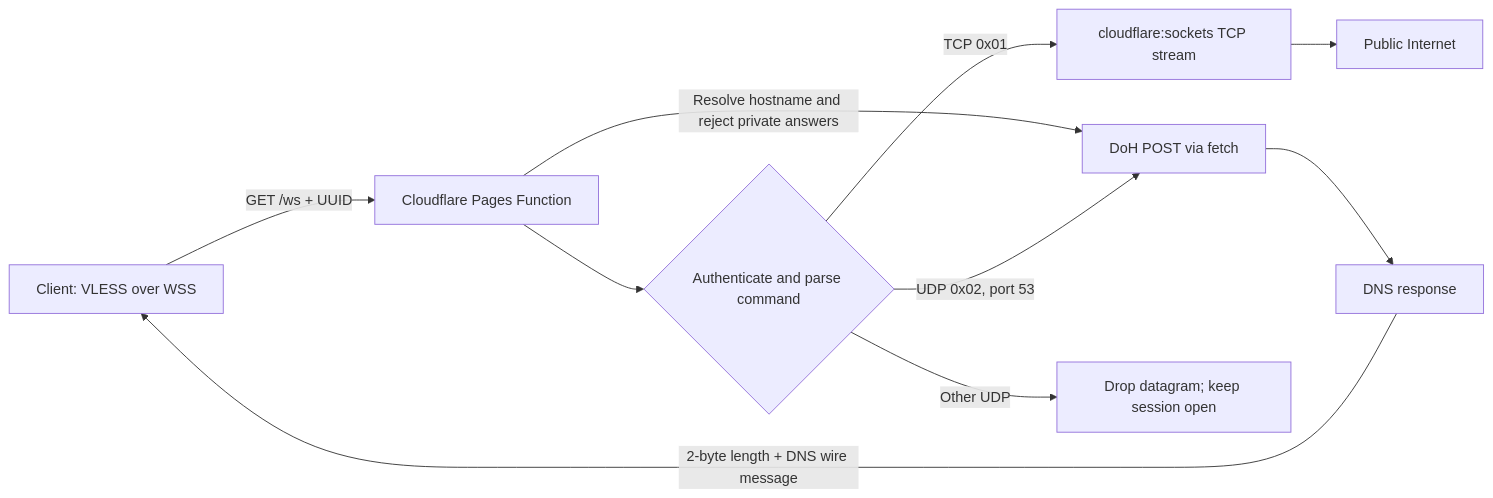
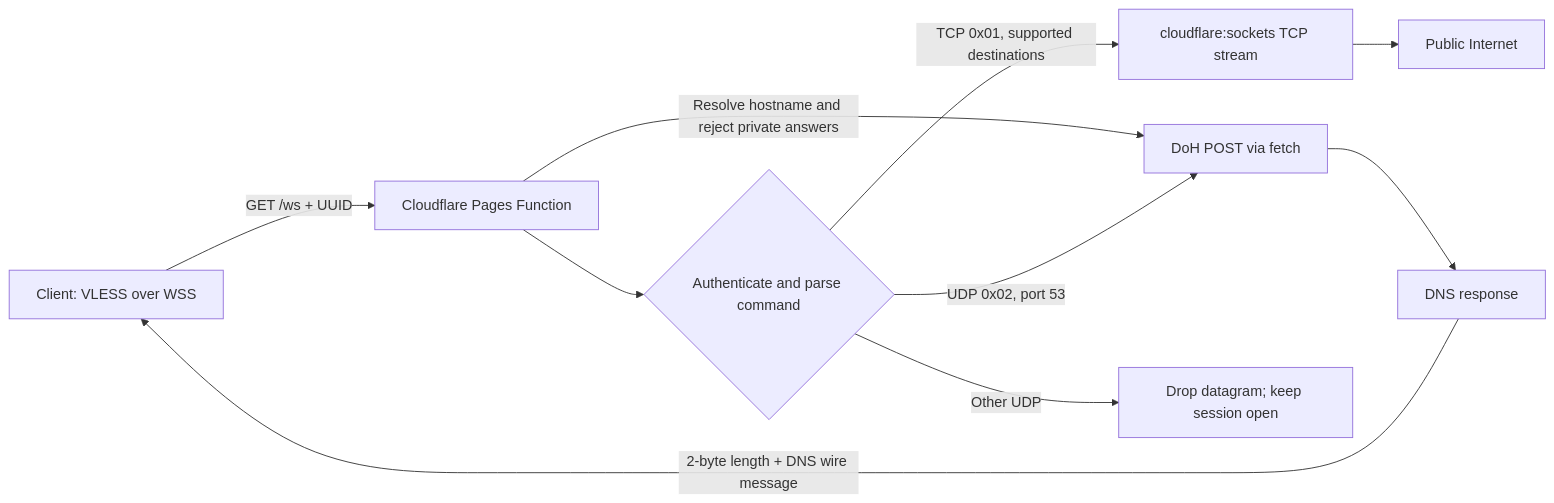
The diagram in ARCHITECTURE.md (Foort123/edge-gateway-v2), drawn with Mermaid before and after one commit. The commit also changed other lines of this file and 5 other files, not shown here.

````diff
--- a/ARCHITECTURE.md
+++ b/ARCHITECTURE.md
@@ -22,12 +25,12 @@
 ```mermaid
 flowchart LR
     C[Client: VLESS over WSS] -->|GET /ws + UUID| P[Cloudflare Pages Function]
     P --> A{Authenticate and parse command}
-    A -->|TCP 0x01| T[cloudflare:sockets TCP stream]
+    A -->|TCP 0x01, supported destinations| T[cloudflare:sockets TCP stream]
     T --> I[Public Internet]
     P -->|Resolve hostname and reject private answers| D
     A -->|UDP 0x02, port 53| D[DoH POST via fetch]
     D --> R[DNS response]
     R -->|2-byte length + DNS wire message| C
     A -->|Other UDP| X[Drop datagram; keep session open]
 ```
````
